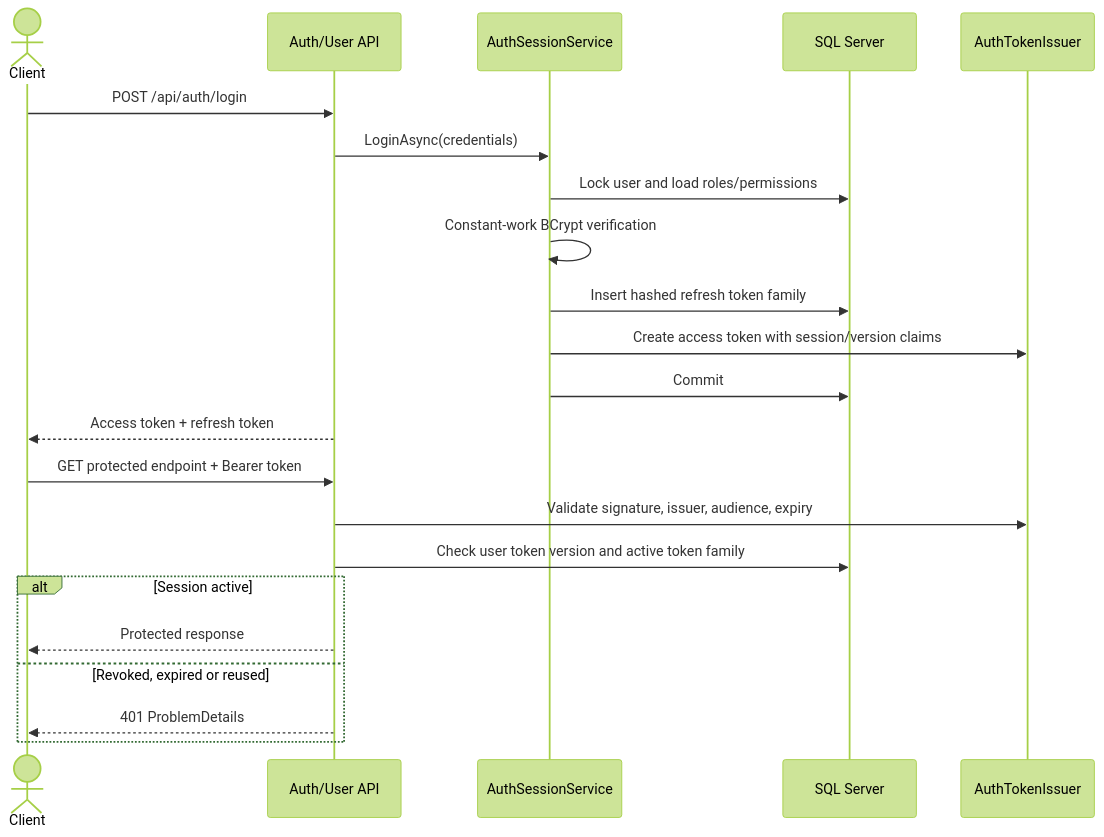
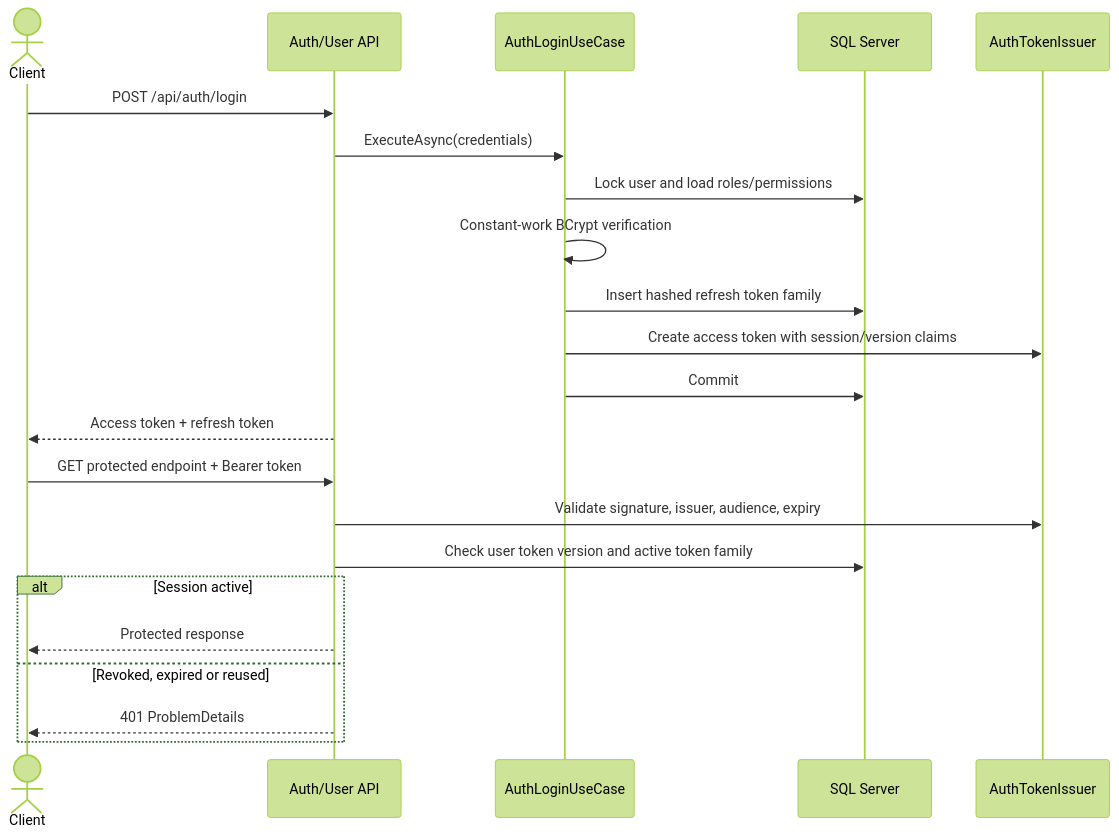
One commit to Giapnocap/ECommerceBackend changed the first of 3 diagrams in docs/SEQUENCES.md. Above: the diagram before and after it, drawn with Mermaid (forest theme). The commit also changed other lines of this file and 33 other files, not shown here.

````diff
--- a/docs/SEQUENCES.md
+++ b/docs/SEQUENCES.md
@@ -5,26 +5,26 @@
 ```mermaid
 sequenceDiagram
     actor Client
     participant API as Auth/User API
-    participant Auth as AuthSessionService
+    participant Auth as AuthLoginUseCase
     participant DB as SQL Server
     participant JWT as AuthTokenIssuer
 
     Client->>API: POST /api/auth/login
-    API->>Auth: LoginAsync(credentials)
+    API->>Auth: ExecuteAsync(credentials)
     Auth->>DB: Lock user and load roles/permissions
     Auth->>Auth: Constant-work BCrypt verification
     Auth->>DB: Insert hashed refresh token family
     Auth->>JWT: Create access token with session/version claims
     Auth->>DB: Commit
     API-->>Client: Access token + refresh token
 
     Client->>API: GET protected endpoint + Bearer token
     API->>JWT: Validate signature, issuer, audience, expiry
     API->>DB: Check user token version and active token family
     alt Session active
         API-->>Client: Protected response
     else Revoked, expired or reused
         API-->>Client: 401 ProblemDetails
     end
 ```
````
